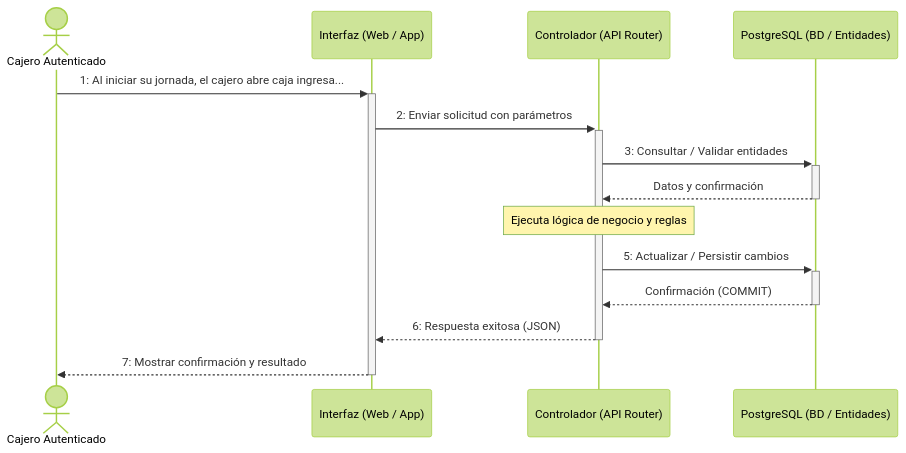
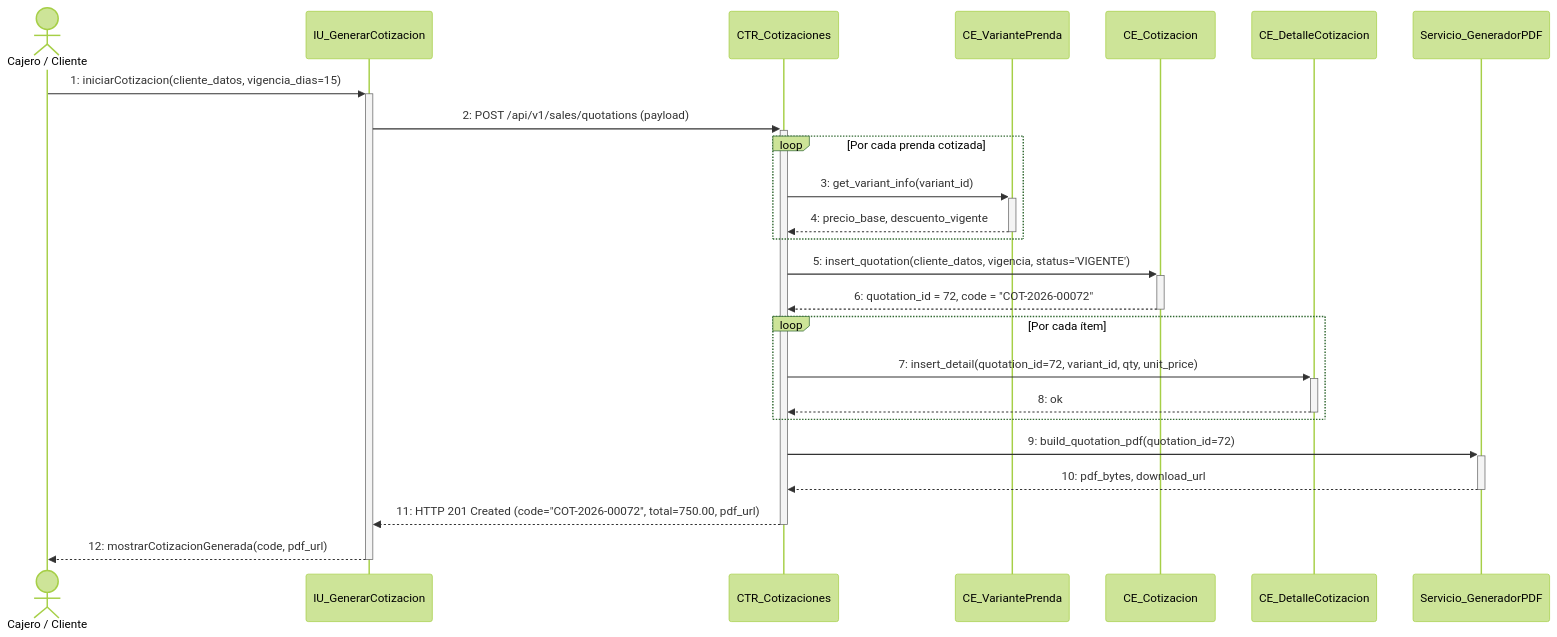
Diagram 20 of 38 in documentos/DOCUMENTACION_40_CASOS_DE_USO_DIAGRAMAS_SECUENCIA.md (jc-larry/ecommerce), drawn with Mermaid (forest theme) before and after one commit. The commit also changed other lines of this file and 148 other files, not shown here.

Commit message:
feat: persistencia de base de datos en despliegue, temporizador 5min checkout/paypal movil, vestidor virtual e informes de investigacion

````diff
--- a/documentos/DOCUMENTACION_40_CASOS_DE_USO_DIAGRAMAS_SECUENCIA.md
+++ b/documentos/DOCUMENTACION_40_CASOS_DE_USO_DIAGRAMAS_SECUENCIA.md
@@ -1151,16 +1226,27 @@
 ```mermaid
 sequenceDiagram
-    actor U as Cajero Autenticado
-    participant IU as Interfaz (Web / App)
-    participant CTR as Controlador (API Router)
-    participant DB as PostgreSQL (BD / Entidades)
-    U->>+IU: 1: Al iniciar su jornada, el cajero abre caja ingresa...
-    IU->>+CTR: 2: Enviar solicitud con parámetros
-    CTR->>+DB: 3: Consultar / Validar entidades
-    DB-->>-CTR: Datos y confirmación
-    Note over CTR: Ejecuta lógica de negocio y reglas
-    CTR->>+DB: 5: Actualizar / Persistir cambios
-    DB-->>-CTR: Confirmación (COMMIT)
-    CTR-->>-IU: 6: Respuesta exitosa (JSON)
-    IU-->>-U: 7: Mostrar confirmación y resultado
+    actor C as Cajero / Cliente
+    participant IU as IU_GenerarCotizacion
+    participant CTR as CTR_Cotizaciones
+    participant CE_V as CE_VariantePrenda
+    participant CE_Q as CE_Cotizacion
+    participant CE_D as CE_DetalleCotizacion
+    participant PDF as Servicio_GeneradorPDF
+
+    C->>+IU: 1: iniciarCotizacion(cliente_datos, vigencia_dias=15)
+    IU->>+CTR: 2: POST /api/v1/sales/quotations (payload)
+    loop Por cada prenda cotizada
+        CTR->>+CE_V: 3: get_variant_info(variant_id)
+        CE_V-->>-CTR: 4: precio_base, descuento_vigente
+    end
+    CTR->>+CE_Q: 5: insert_quotation(cliente_datos, vigencia, status='VIGENTE')
+    CE_Q-->>-CTR: 6: quotation_id = 72, code = "COT-2026-00072"
+    loop Por cada ítem
+        CTR->>+CE_D: 7: insert_detail(quotation_id=72, variant_id, qty, unit_price)
+        CE_D-->>-CTR: 8: ok
+    end
+    CTR->>+PDF: 9: build_quotation_pdf(quotation_id=72)
+    PDF-->>-CTR: 10: pdf_bytes, download_url
+    CTR-->>-IU: 11: HTTP 201 Created (code="COT-2026-00072", total=750.00, pdf_url)
+    IU-->>-C: 12: mostrarCotizacionGenerada(code, pdf_url)
 ```
````
